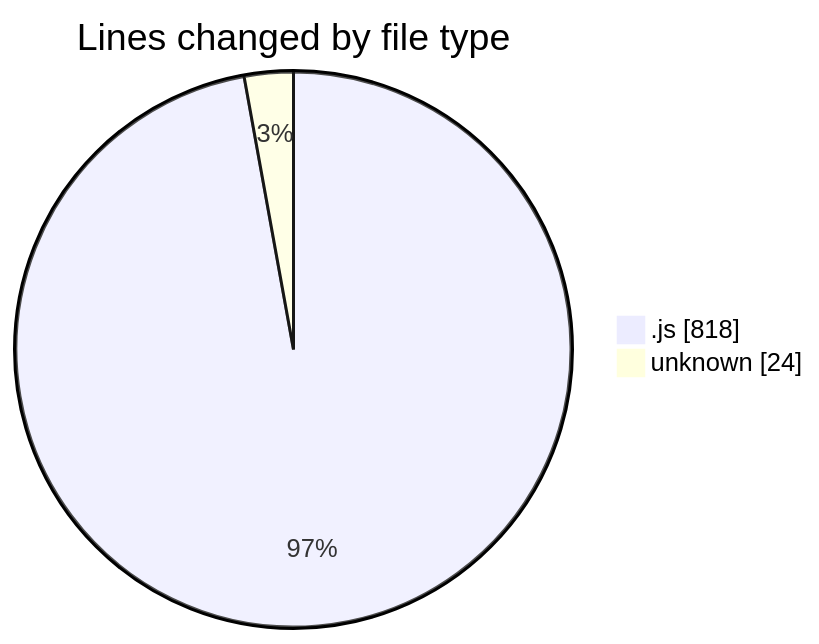
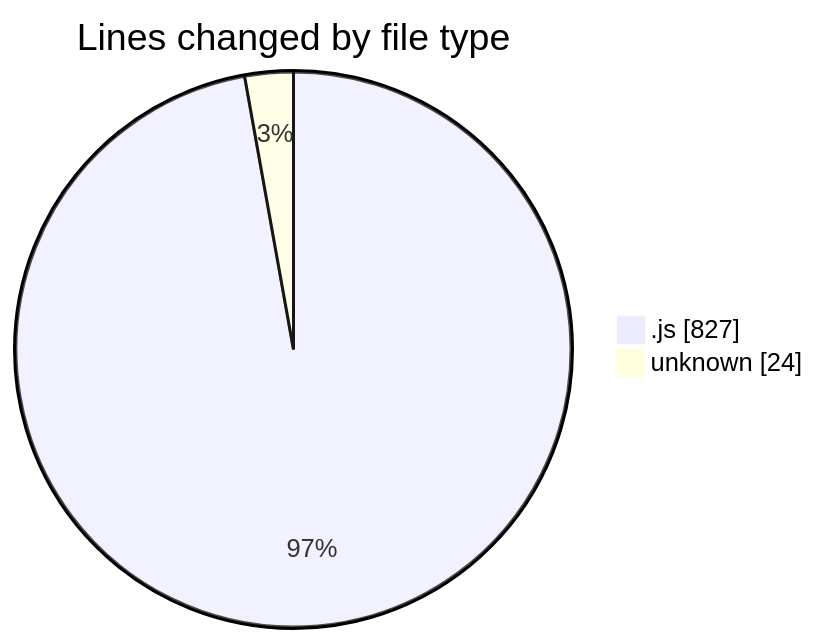
One commit to momahboobian/code-tracking changed the first of 2 diagrams in 2025-02-03/cda/README.md. Above: the diagram before and after it, drawn with Mermaid. The commit also changed other lines of this file and 1 other file, not shown here.

````diff
--- a/2025-02-03/cda/README.md
+++ b/2025-02-03/cda/README.md
@@ -24,6 +24,6 @@
 ```mermaid
 pie showData
 title Lines changed by file type
-".js" : 818
+".js" : 827
 "unknown" : 24
 ```
````
